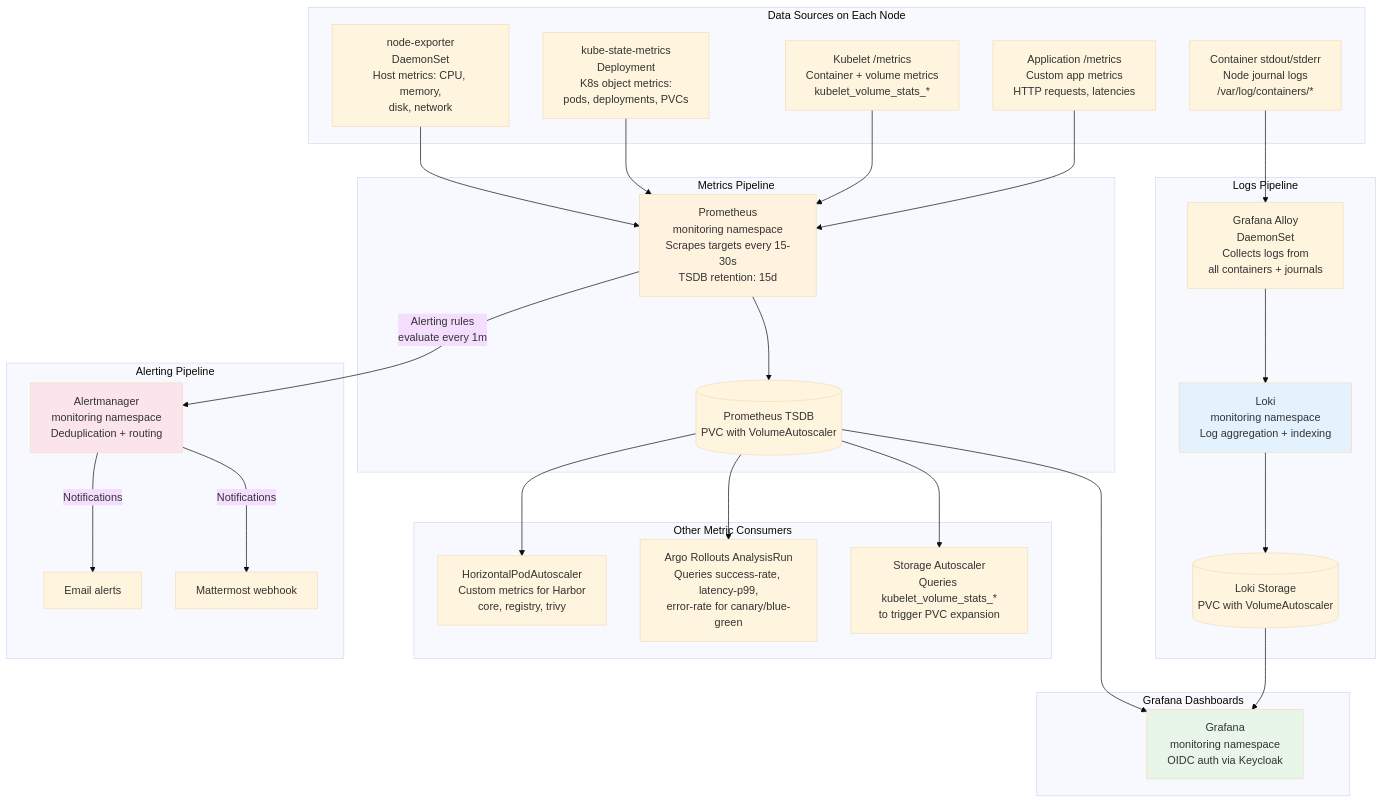
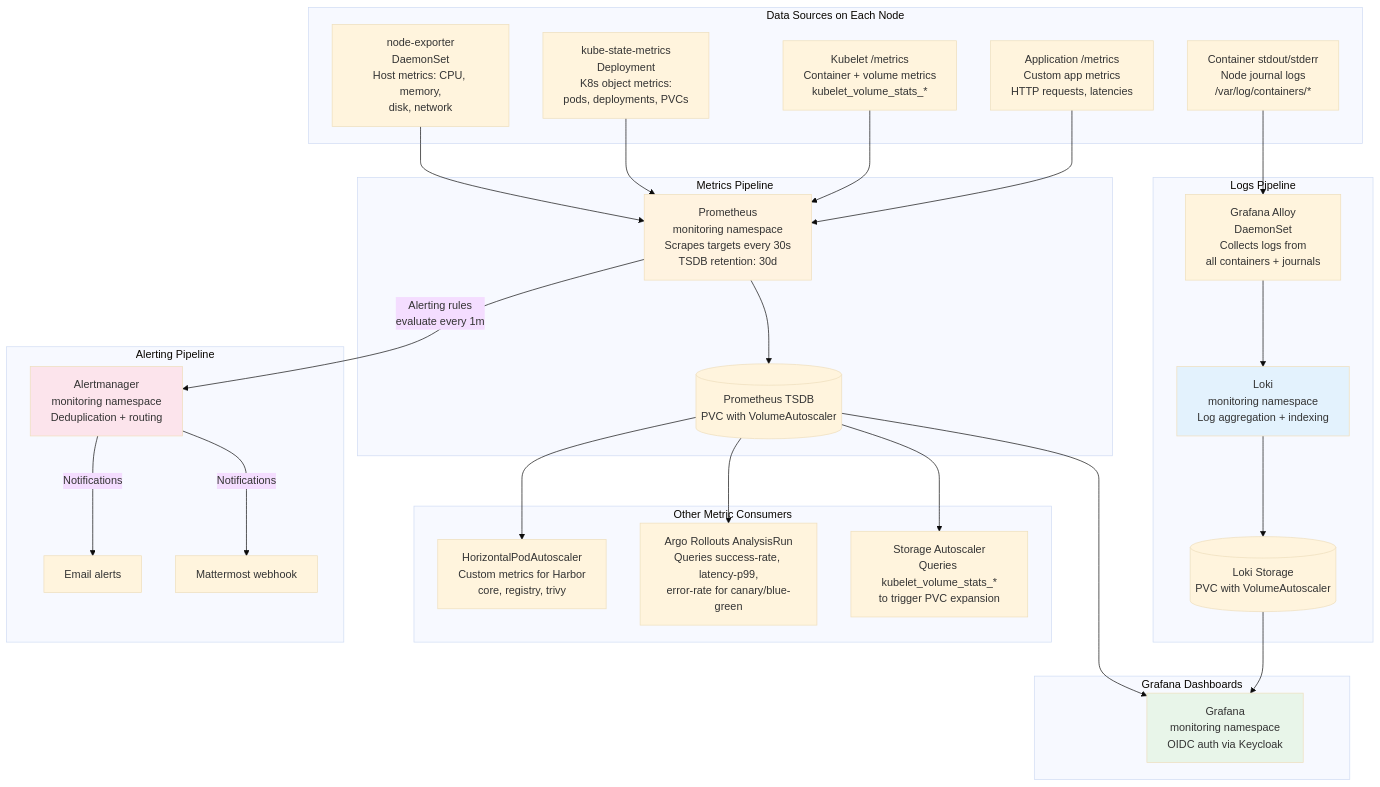
One commit to derhornspieler/harvester-rke2-platform changed diagram 23 of 23 in docs/engineering/flow-charts.md. Above: the diagram before and after it, drawn with Mermaid (base theme). The commit also changed other lines of this file and 50 other files, not shown here.

````diff
--- a/docs/engineering/flow-charts.md
+++ b/docs/engineering/flow-charts.md
@@ -1304,49 +1304,49 @@
 ```mermaid
 flowchart TD
     subgraph Sources [Data Sources on Each Node]
         NE[node-exporter<br/>DaemonSet<br/>Host metrics: CPU, memory,<br/>disk, network]
         KSM[kube-state-metrics<br/>Deployment<br/>K8s object metrics:<br/>pods, deployments, PVCs]
         Kubelet[Kubelet /metrics<br/>Container + volume metrics<br/>kubelet_volume_stats_*]
         AppMetrics[Application /metrics<br/>Custom app metrics<br/>HTTP requests, latencies]
         Logs[Container stdout/stderr<br/>Node journal logs<br/>/var/log/containers/*]
     end
 
     subgraph MetricsPipeline [Metrics Pipeline]
         NE --> Prom
         KSM --> Prom
         Kubelet --> Prom
         AppMetrics --> Prom
 
-        Prom[Prometheus<br/>monitoring namespace<br/>Scrapes targets every 15-30s<br/>TSDB retention: 15d]
+        Prom[Prometheus<br/>monitoring namespace<br/>Scrapes targets every 30s<br/>TSDB retention: 30d]
         Prom --> PromStore[(Prometheus TSDB<br/>PVC with VolumeAutoscaler)]
     end
 
     subgraph LogsPipeline [Logs Pipeline]
         Logs --> Alloy[Grafana Alloy<br/>DaemonSet<br/>Collects logs from<br/>all containers + journals]
         Alloy --> Loki[Loki<br/>monitoring namespace<br/>Log aggregation + indexing]
         Loki --> LokiStore[(Loki Storage<br/>PVC with VolumeAutoscaler)]
     end
 
     subgraph Alerting [Alerting Pipeline]
         Prom -->|Alerting rules<br/>evaluate every 1m| AM[Alertmanager<br/>monitoring namespace<br/>Deduplication + routing]
         AM -->|Notifications| MM_Alert[Mattermost webhook]
         AM -->|Notifications| Email[Email alerts]
     end
 
     subgraph Visualization [Grafana Dashboards]
         Grafana[Grafana<br/>monitoring namespace<br/>OIDC auth via Keycloak]
         PromStore --> Grafana
         LokiStore --> Grafana
     end
 
     subgraph Consumers [Other Metric Consumers]
         PromStore --> StorageAuto[Storage Autoscaler<br/>Queries kubelet_volume_stats_*<br/>to trigger PVC expansion]
         PromStore --> Rollouts[Argo Rollouts AnalysisRun<br/>Queries success-rate, latency-p99,<br/>error-rate for canary/blue-green]
         PromStore --> HPA[HorizontalPodAutoscaler<br/>Custom metrics for Harbor<br/>core, registry, trivy]
     end
 
     style Grafana fill:#e8f5e9
     style Prom fill:#fff3e0
     style Loki fill:#e3f2fd
     style AM fill:#fce4ec
 ```
````
